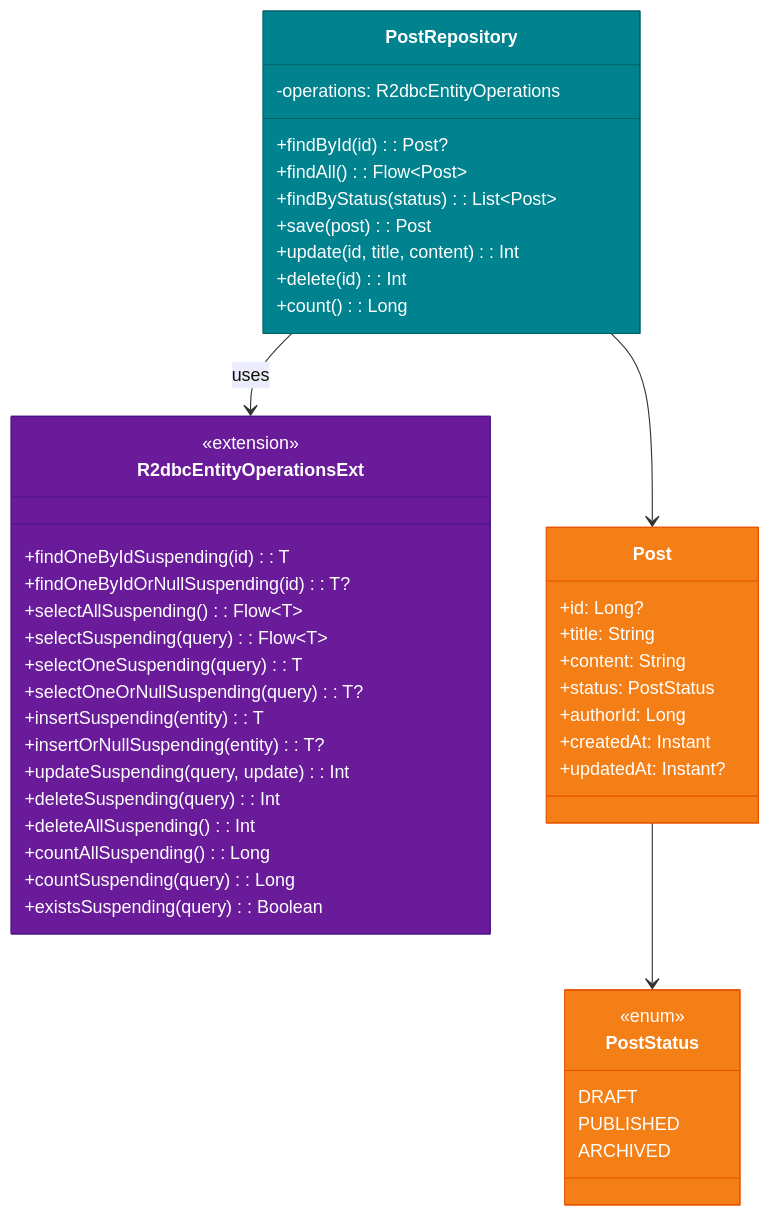
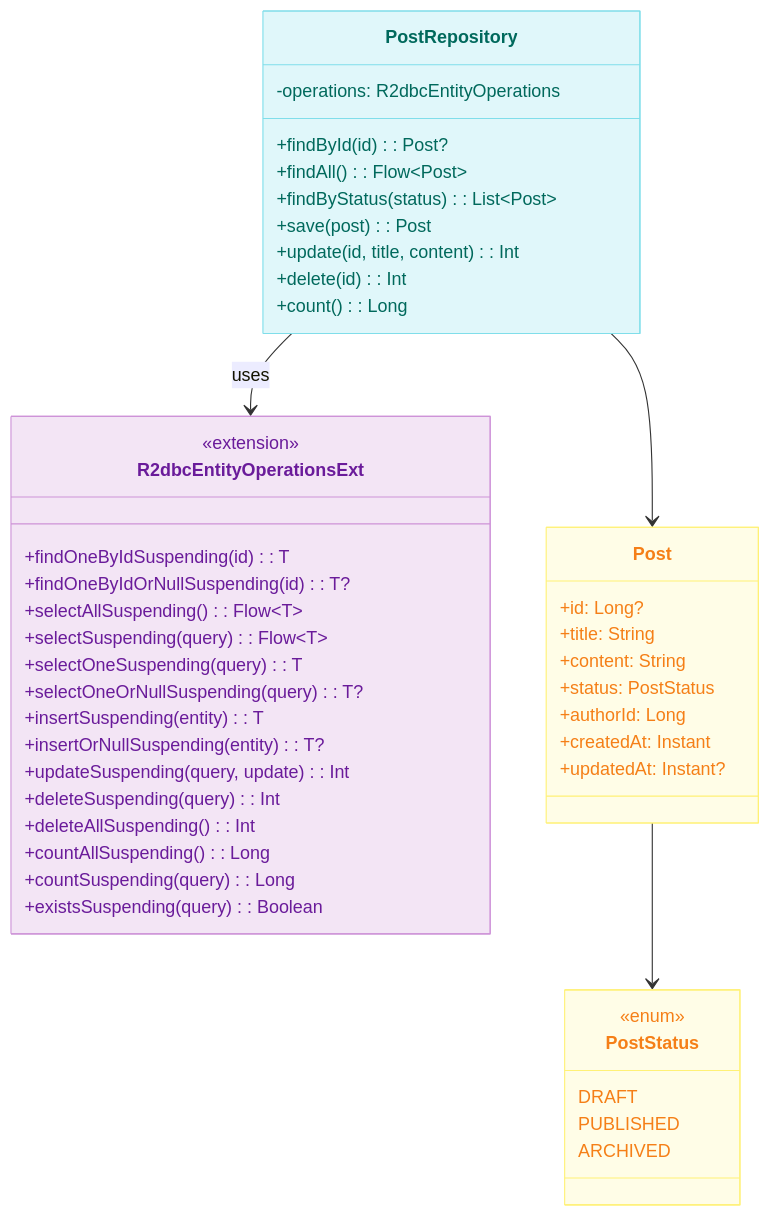
The first of 4 diagrams in spring-boot3/r2dbc/README.md (bluetape4k/bluetape4k-projects), drawn with Mermaid before and after one commit. The commit also changed other lines of this file and 219 other files, not shown here.

First line of the commit message:
docs: 전체 README Mermaid 다이어그램 가이드 적용

````diff
--- a/spring-boot3/r2dbc/README.md
+++ b/spring-boot3/r2dbc/README.md
@@ -306,54 +306,54 @@
 ```mermaid
 classDiagram
     class R2dbcEntityOperationsExt {
         <<extension>>
         +findOneByIdSuspending(id): T
         +findOneByIdOrNullSuspending(id): T?
         +selectAllSuspending(): Flow~T~
         +selectSuspending(query): Flow~T~
         +selectOneSuspending(query): T
         +selectOneOrNullSuspending(query): T?
         +insertSuspending(entity): T
         +insertOrNullSuspending(entity): T?
         +updateSuspending(query, update): Int
         +deleteSuspending(query): Int
         +deleteAllSuspending(): Int
         +countAllSuspending(): Long
         +countSuspending(query): Long
         +existsSuspending(query): Boolean
     }
     class PostRepository {
         -operations: R2dbcEntityOperations
         +findById(id): Post?
         +findAll(): Flow~Post~
         +findByStatus(status): List~Post~
         +save(post): Post
         +update(id, title, content): Int
         +delete(id): Int
         +count(): Long
     }
     class Post {
         +id: Long?
         +title: String
         +content: String
         +status: PostStatus
         +authorId: Long
         +createdAt: Instant
         +updatedAt: Instant?
     }
     class PostStatus {
         <<enum>>
         DRAFT
         PUBLISHED
         ARCHIVED
     }
 
     PostRepository --> R2dbcEntityOperationsExt : uses
     PostRepository --> Post
     Post --> PostStatus
 
-    style R2dbcEntityOperationsExt fill:#6A1B9A,stroke:#4A148C,color:#FFFFFF
-    style PostRepository fill:#00838F,stroke:#006064,color:#FFFFFF
-    style Post fill:#F57F17,stroke:#E65100,color:#FFFFFF
-    style PostStatus fill:#F57F17,stroke:#E65100,color:#FFFFFF
+    style R2dbcEntityOperationsExt fill:#F3E5F5,stroke:#CE93D8,color:#6A1B9A
+    style PostRepository fill:#E0F7FA,stroke:#80DEEA,color:#00695C
+    style Post fill:#FFFDE7,stroke:#FFF176,color:#F57F17
+    style PostStatus fill:#FFFDE7,stroke:#FFF176,color:#F57F17
 ```
````
